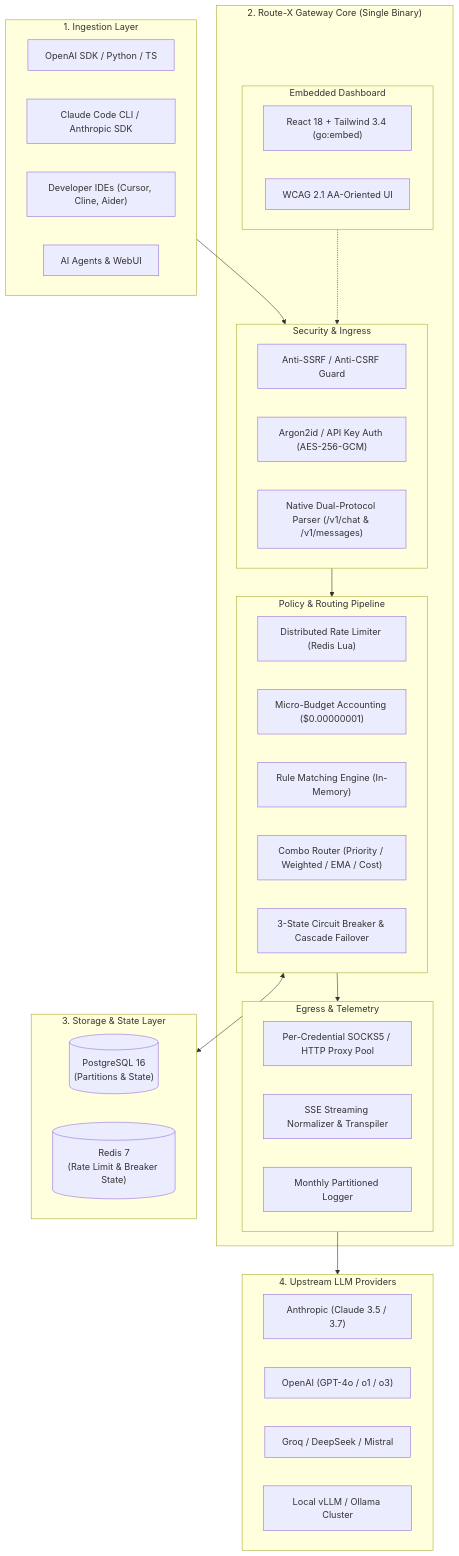
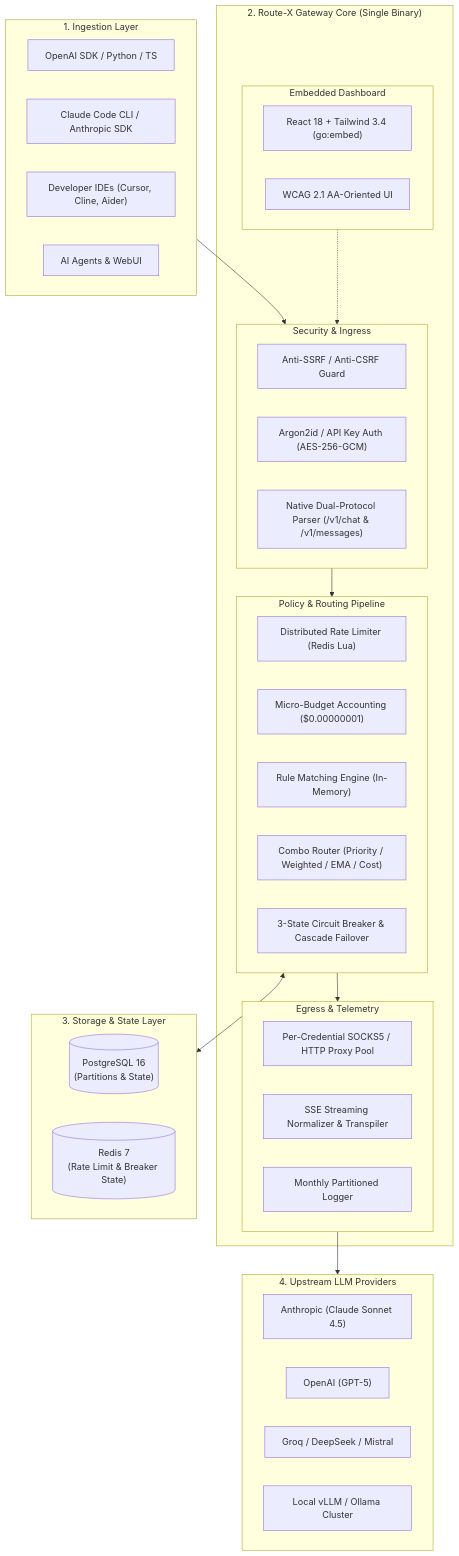
Before and after one commit to NexGen-X/Route-X: the diagram in README.md, drawn with Mermaid. The commit also changed other lines of this file and 8 other files, not shown here.

````diff
--- a/README.md
+++ b/README.md
@@ -111,55 +124,55 @@
 ```mermaid
 flowchart TD
     subgraph Clients["1. Ingestion Layer"]
         C1["OpenAI SDK / Python / TS"]
         C2["Claude Code CLI / Anthropic SDK"]
         C3["Developer IDEs (Cursor, Cline, Aider)"]
         C4["AI Agents & WebUI"]
     end
 
     subgraph Gateway["2. Route-X Gateway Core (Single Binary)"]
         subgraph Ingress["Security & Ingress"]
             I1["Anti-SSRF / Anti-CSRF Guard"]
             I2["Argon2id / API Key Auth (AES-256-GCM)"]
             I3["Native Dual-Protocol Parser (/v1/chat & /v1/messages)"]
         end
 
         subgraph Engine["Policy & Routing Pipeline"]
             R1["Distributed Rate Limiter (Redis Lua)"]
             R2["Micro-Budget Accounting ($0.00000001)"]
             R3["Rule Matching Engine (In-Memory)"]
             R4["Combo Router (Priority / Weighted / EMA / Cost)"]
             R5["3-State Circuit Breaker & Cascade Failover"]
         end
 
         subgraph Egress["Egress & Telemetry"]
             E1["Per-Credential SOCKS5 / HTTP Proxy Pool"]
             E2["SSE Streaming Normalizer & Transpiler"]
             E3["Monthly Partitioned Logger"]
         end
         
         subgraph UI["Embedded Dashboard"]
             U1["React 18 + Tailwind 3.4 (go:embed)"]
             U2["WCAG 2.1 AA-Oriented UI"]
         end
     end
 
     subgraph State["3. Storage & State Layer"]
         DB[("PostgreSQL 16\n(Partitions & State)")]
         RD[("Redis 7\n(Rate Limit & Breaker State)")]
     end
 
     subgraph Upstreams["4. Upstream LLM Providers"]
-        P1["Anthropic (Claude 3.5 / 3.7)"]
-        P2["OpenAI (GPT-4o / o1 / o3)"]
+        P1["Anthropic (Claude Sonnet 4.5)"]
+        P2["OpenAI (GPT-5)"]
         P3["Groq / DeepSeek / Mistral"]
         P4["Local vLLM / Ollama Cluster"]
     end
 
     Clients --> Ingress
     Ingress --> Engine
     Engine <--> State
     Engine --> Egress
     Egress --> Upstreams
     UI -.-> Ingress
 ```
````
